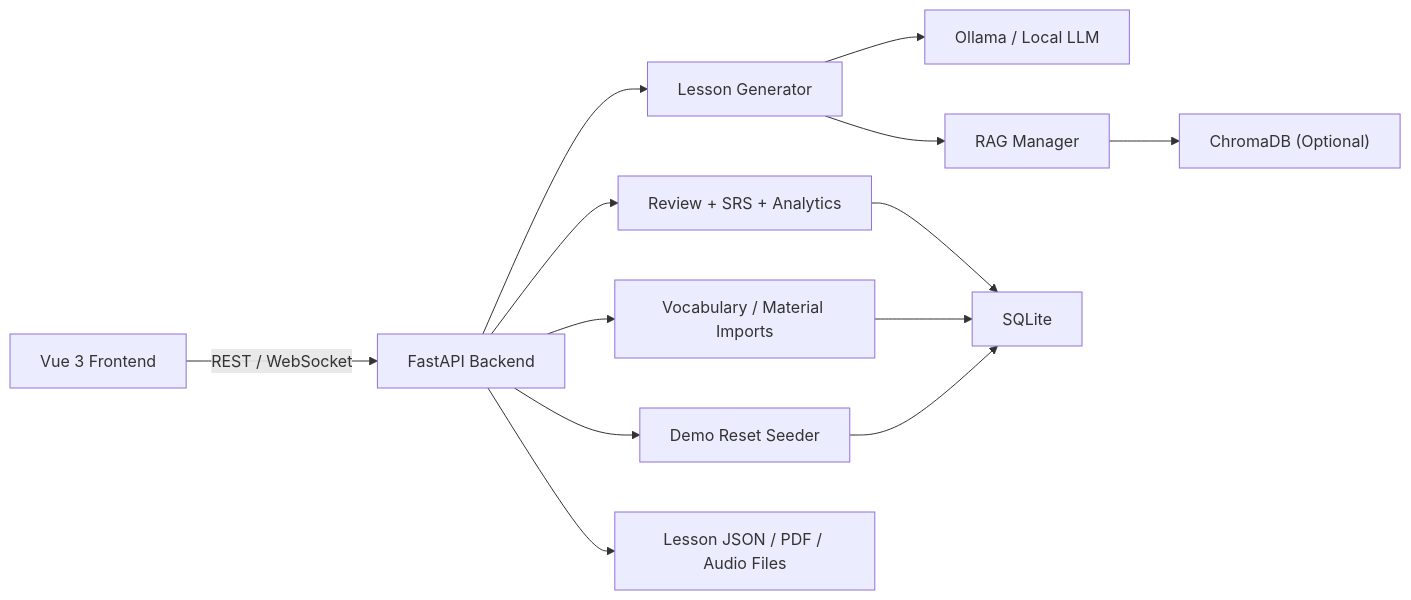
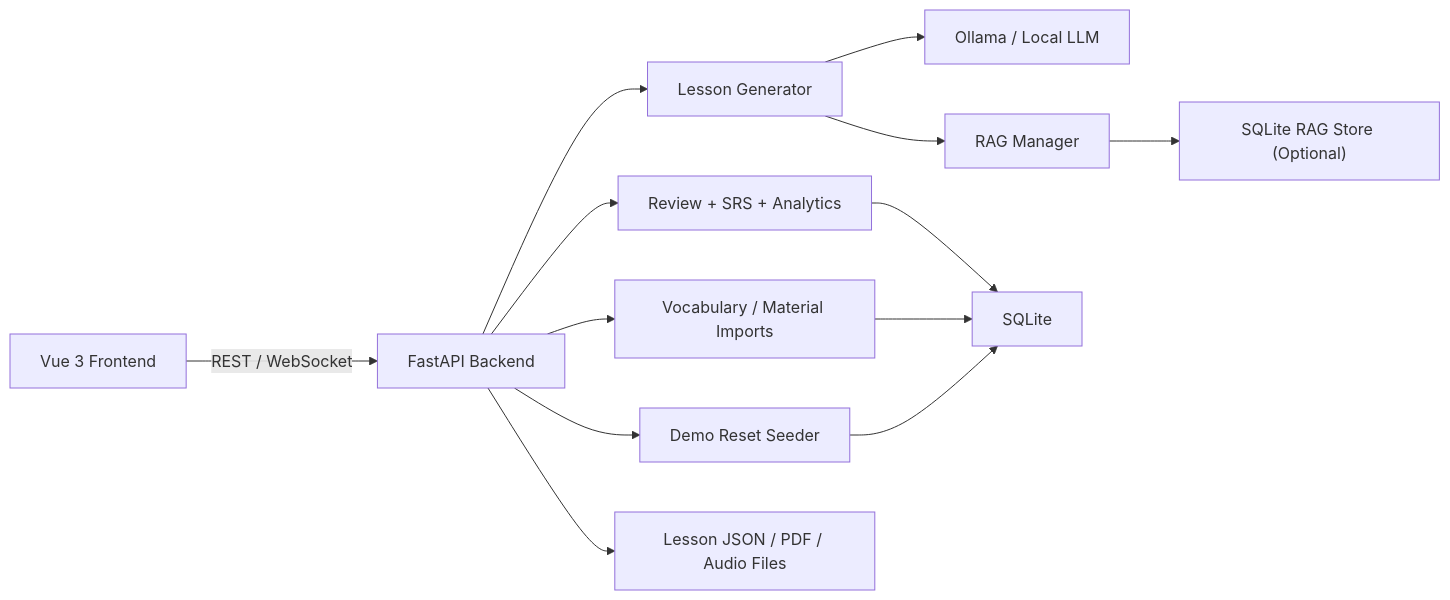
One commit to a1354013-alt/English-Japanese-Learning-Coach-Project-Requirements changed the diagram in README.md. Above: the diagram before and after it, drawn with Mermaid. The commit also changed other lines of this file and 3 other files, not shown here.

Commit message:
docs(v1.6): align architecture and release documentation

````diff
--- a/README.md
+++ b/README.md
@@ -39,15 +39,15 @@
 ```mermaid
 flowchart LR
     UI["Vue 3 Frontend"] -->|REST / WebSocket| API["FastAPI Backend"]
     API --> LESSON["Lesson Generator"]
     API --> REVIEW["Review + SRS + Analytics"]
     API --> IMPORTS["Vocabulary / Material Imports"]
     API --> DEMO["Demo Reset Seeder"]
     LESSON --> OLLAMA["Ollama / Local LLM"]
     LESSON --> RAG["RAG Manager"]
-    RAG --> CHROMA["ChromaDB (Optional)"]
+    RAG --> RAGDB["SQLite RAG Store (Optional)"]
     REVIEW --> DB["SQLite"]
     IMPORTS --> DB
     DEMO --> DB
     API --> FILES["Lesson JSON / PDF / Audio Files"]
 ```
````
